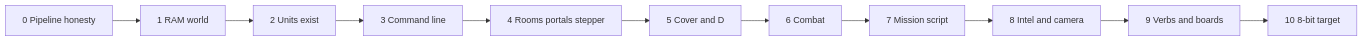
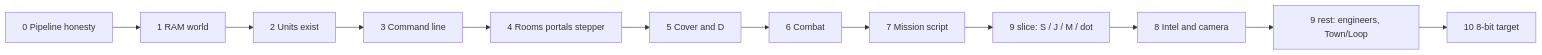
One commit to StewBC/force changed the diagram in design/development-plan.md. Above: the diagram before and after it, drawn with Mermaid. The commit also changed other lines of this file and 19 other files, not shown here.

````diff
--- a/design/development-plan.md
+++ b/design/development-plan.md
@@ -65,13 +65,14 @@
 ```mermaid
 flowchart LR
   P0["0 Pipeline honesty"] --> P1["1 RAM world"]
   P1 --> P2["2 Units exist"]
   P2 --> P3["3 Command line"]
   P3 --> P4["4 Rooms portals stepper"]
   P4 --> P5["5 Cover and D"]
   P5 --> P6["6 Combat"]
   P6 --> P7["7 Mission script"]
-  P7 --> P8["8 Intel and camera"]
-  P8 --> P9["9 Verbs and boards"]
+  P7 --> P9s["9 slice: S / J / M / dot"]
+  P9s --> P8["8 Intel and camera"]
+  P8 --> P9["9 rest: engineers, Town/Loop"]
   P9 --> P10["10 8-bit target"]
 ```
````
